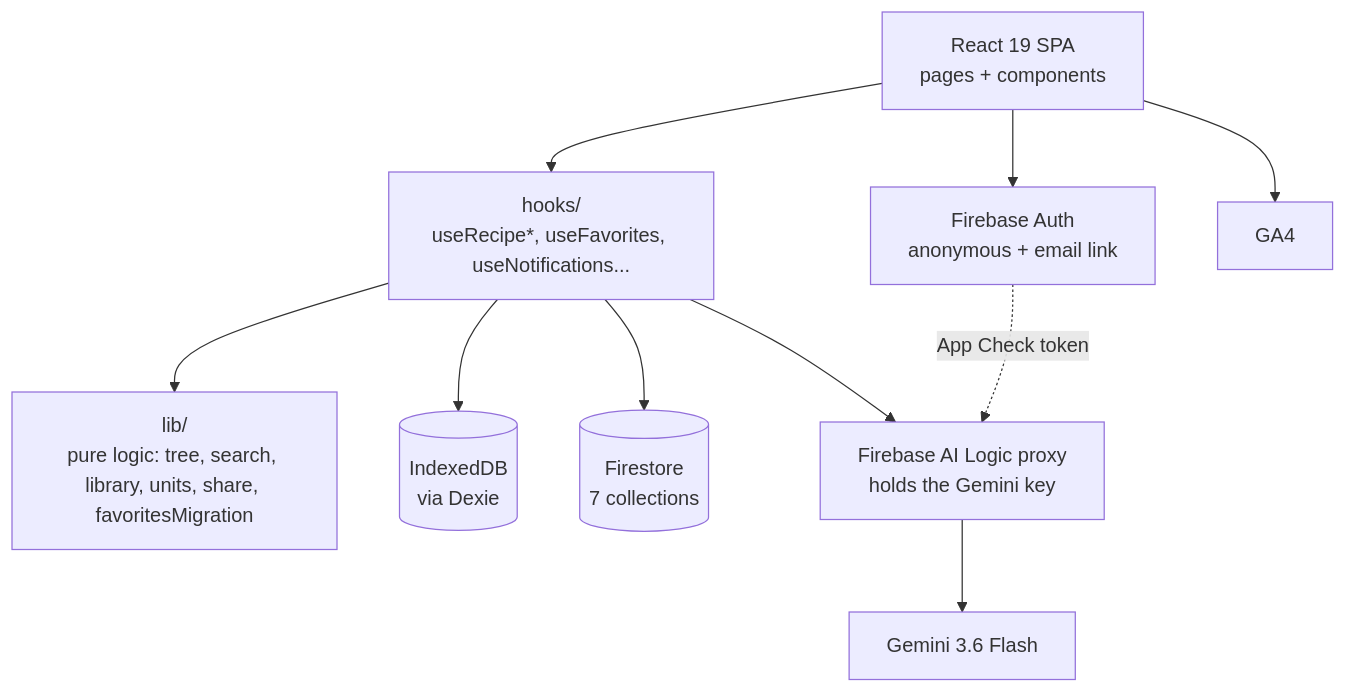
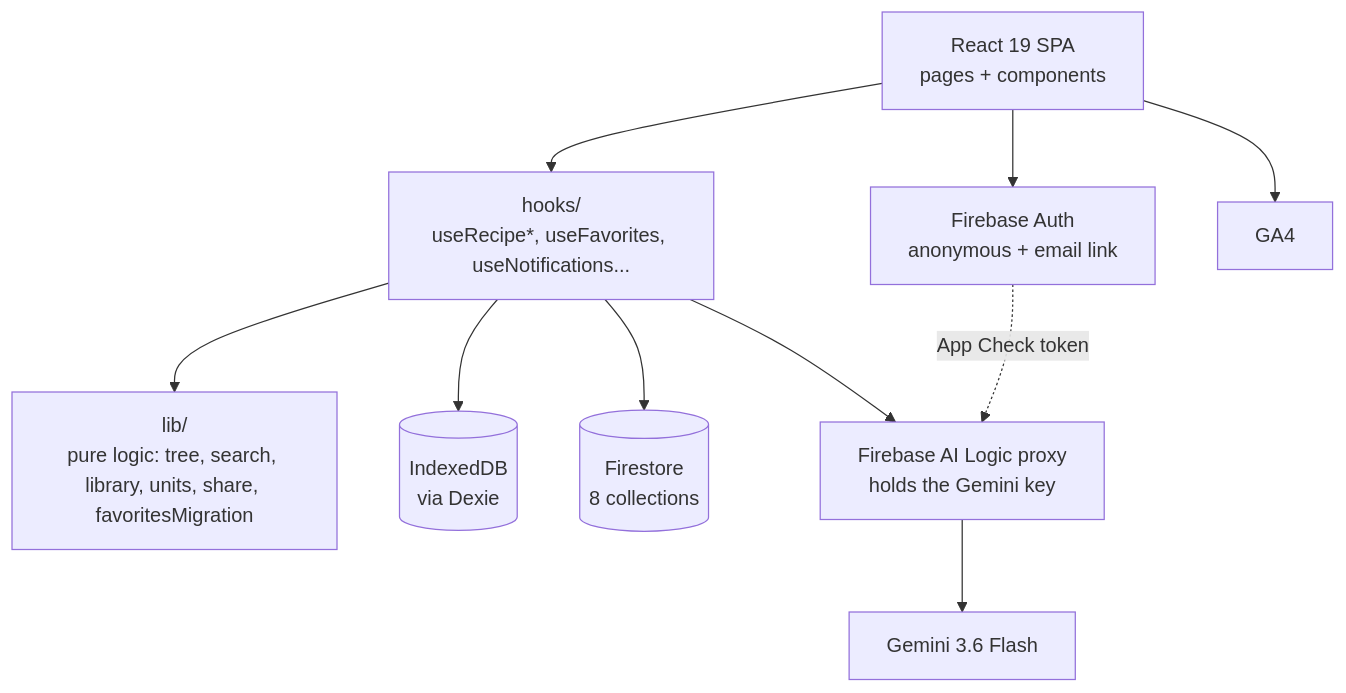
One commit to hpeppitt/recipe-app changed the diagram in docs/architecture.md. Above: the diagram before and after it, drawn with Mermaid. The commit also changed other lines of this file and 13 other files, not shown here.

````diff
--- a/docs/architecture.md
+++ b/docs/architecture.md
@@ -12,22 +12,22 @@
 ```mermaid
 flowchart TD
     UI[React 19 SPA<br/>pages + components]
     Hooks[hooks/<br/>useRecipe*, useFavorites, useNotifications...]
     Lib[lib/<br/>pure logic: tree, search, library, units, share, favoritesMigration]
     Dexie[(IndexedDB<br/>via Dexie)]
-    FS[(Firestore<br/>7 collections)]
+    FS[(Firestore<br/>8 collections)]
     Auth[Firebase Auth<br/>anonymous + email link]
     AILogic[Firebase AI Logic proxy<br/>holds the Gemini key]
     Gemini[Gemini 3.6 Flash]
     GA[GA4]
 
     UI --> Hooks
     Hooks --> Lib
     Hooks --> Dexie
     Hooks --> FS
     Hooks --> AILogic
     UI --> Auth
     AILogic --> Gemini
     UI --> GA
     Auth -. App Check token .-> AILogic
 ```
````
